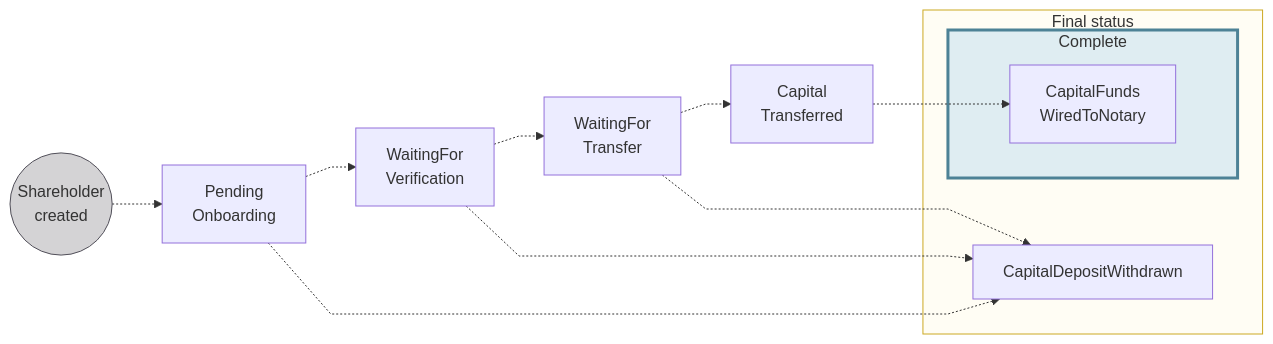
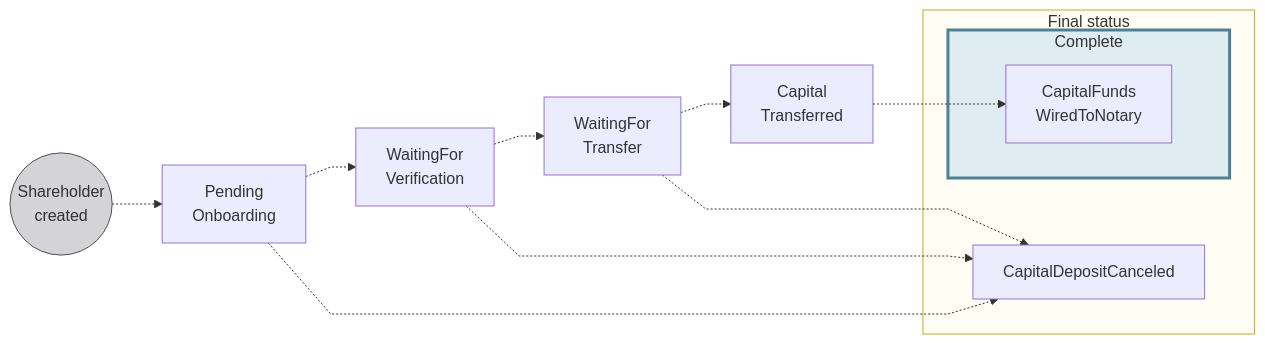
The third of 4 diagrams in docs/topics/capital-deposits/index.mdx (swan-io/docs), drawn with Mermaid before and after one commit. The commit also changed other lines of this file, not shown here.

````diff
--- a/docs/topics/capital-deposits/index.mdx
+++ b/docs/topics/capital-deposits/index.mdx
@@ -215,22 +215,22 @@
 ```mermaid
 %%{ init: { 'flowchart': { 'curve': 'linear' } } }%%
 flowchart LR
     SC((Shareholder<br/>created)) -.-> P[Pending<br/>Onboarding]
     P -.-> WV[WaitingFor<br/>Verification]
     WV -.-> WT[WaitingFor<br/>Transfer]
     WT -.-> CT[Capital<br/>Transferred]
     CT -.-> CN[CapitalFunds<br/>WiredToNotary]
-    P -.-> CDC[CapitalDepositWithdrawn]
+    P -.-> CDC[CapitalDepositCanceled]
     WV -.-> CDC
     WT -.-> CDC
     subgraph COM[Complete]
         CN
     end
     subgraph F[Final status]
         CDC
         COM
     end
     style SC fill:#D4D3D5,stroke:#514F59
     style COM fill:#dfedf2,stroke:#4d8296,stroke-width:3px
     style F fill:#fffdf4,stroke:#cca922
 ```
````
